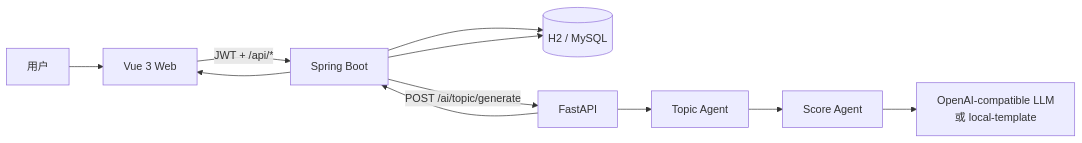
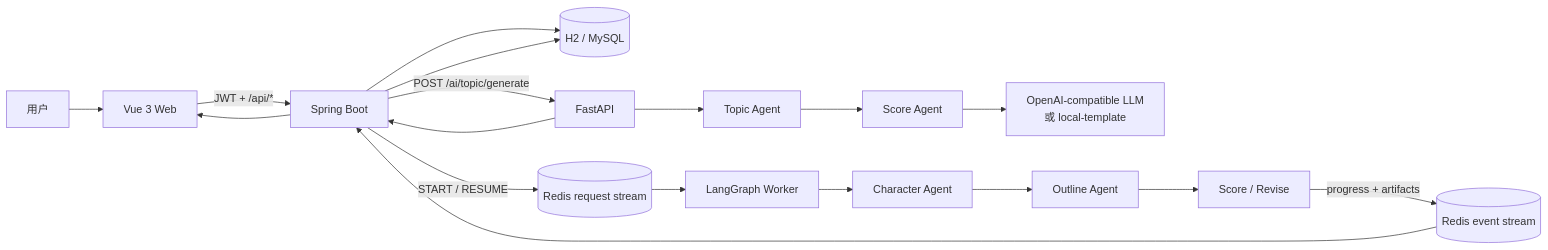
Before and after one commit to Redchar1992/Argus: the first of 2 diagrams in story-forge-ai/docs/architecture.md, drawn with Mermaid. The commit also changed other lines of this file and 109 other files, not shown here.

````diff
--- a/story-forge-ai/docs/architecture.md
+++ b/story-forge-ai/docs/architecture.md
@@ -9,13 +9,20 @@
 ```mermaid
 flowchart LR
   U["用户"] --> V["Vue 3 Web"]
   V -->|"JWT + /api/*"| B["Spring Boot"]
   B --> DB[("H2 / MySQL")]
   B -->|"POST /ai/topic/generate"| A["FastAPI"]
   A --> T["Topic Agent"]
   T --> S["Score Agent"]
   S --> L["OpenAI-compatible LLM\n或 local-template"]
   A --> B
   B --> DB
   B --> V
+  B -->|"START / RESUME"| RQ[("Redis request stream")]
+  RQ --> W["LangGraph Worker"]
+  W --> C["Character Agent"]
+  C --> O["Outline Agent"]
+  O --> SC["Score / Revise"]
+  SC -->|"progress + artifacts"| RE[("Redis event stream")]
+  RE --> B
 ```
````
